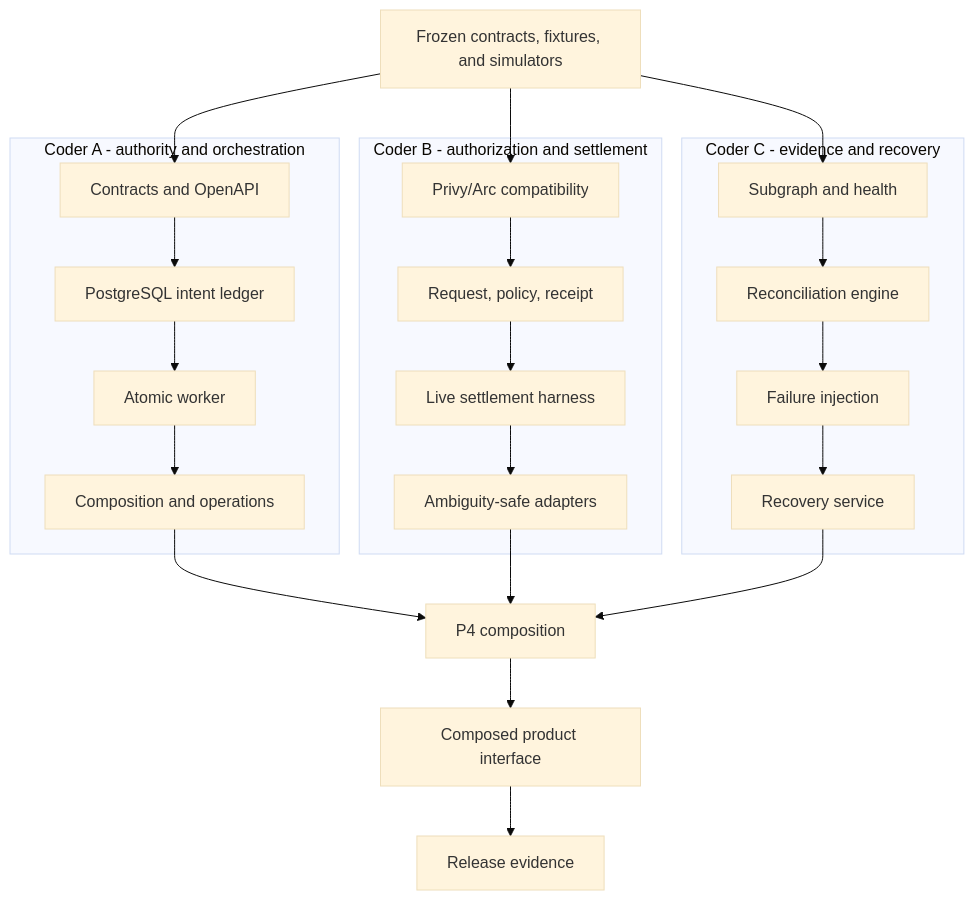
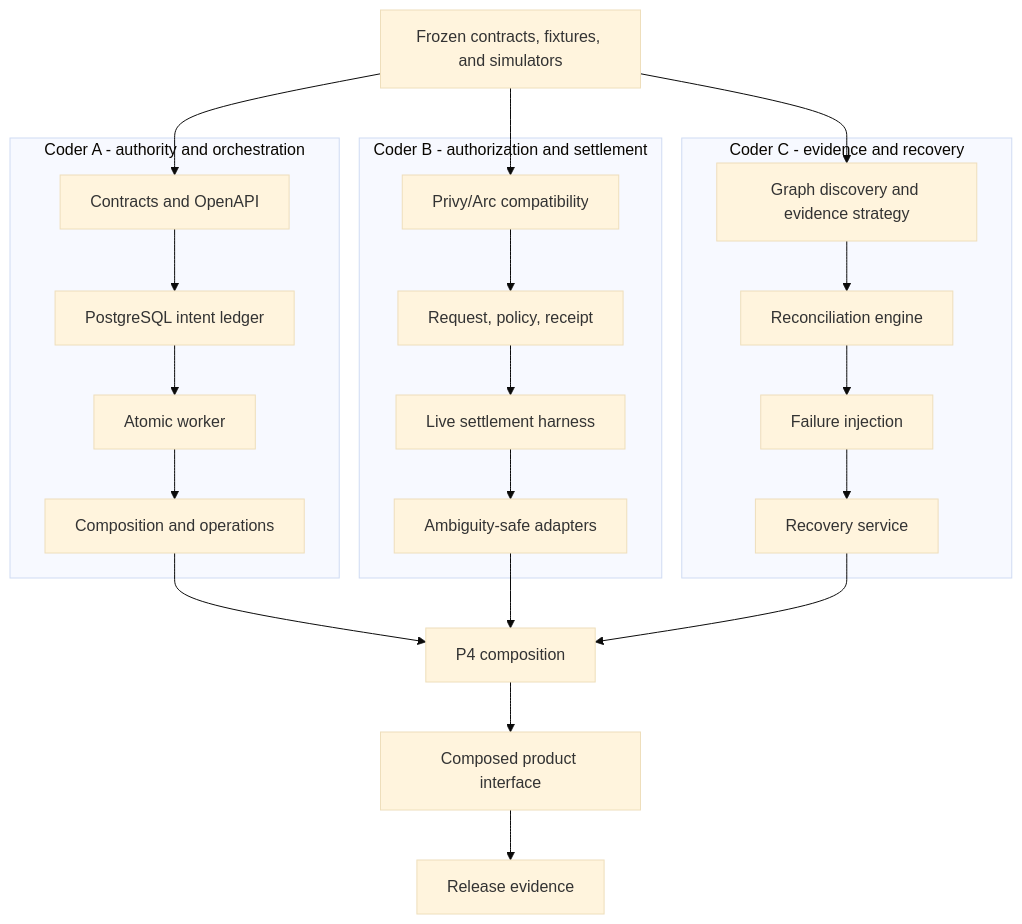
One commit to SWOFART/OneShot changed the seventh of 7 diagrams in docs/DOMAIN_ARCHITECTURE.md. Above: the diagram before and after it, drawn with Mermaid (base theme). The commit also changed other lines of this file and 31 other files, not shown here.

````diff
--- a/docs/DOMAIN_ARCHITECTURE.md
+++ b/docs/DOMAIN_ARCHITECTURE.md
@@ -224,37 +237,37 @@
 ```mermaid
 flowchart TB
     Contracts[Frozen contracts, fixtures, and simulators]
 
     subgraph A[Coder A - authority and orchestration]
       A1[Contracts and OpenAPI]
       A2[PostgreSQL intent ledger]
       A3[Atomic worker]
       A4[Composition and operations]
       A1 --> A2 --> A3 --> A4
     end
 
     subgraph B[Coder B - authorization and settlement]
       B1[Privy/Arc compatibility]
       B2[Request, policy, receipt]
       B3[Live settlement harness]
       B4[Ambiguity-safe adapters]
       B1 --> B2 --> B3 --> B4
     end
 
     subgraph C[Coder C - evidence and recovery]
-      C1[Subgraph and health]
+      C1[Graph discovery and evidence strategy]
       C2[Reconciliation engine]
       C3[Failure injection]
       C4[Recovery service]
       C1 --> C2 --> C3 --> C4
     end
 
     Contracts --> A1
     Contracts --> B1
     Contracts --> C1
     A4 --> P4[P4 composition]
     B4 --> P4
     C4 --> P4
     P4 --> UI[Composed product interface]
     UI --> Release[Release evidence]
 ```
````
